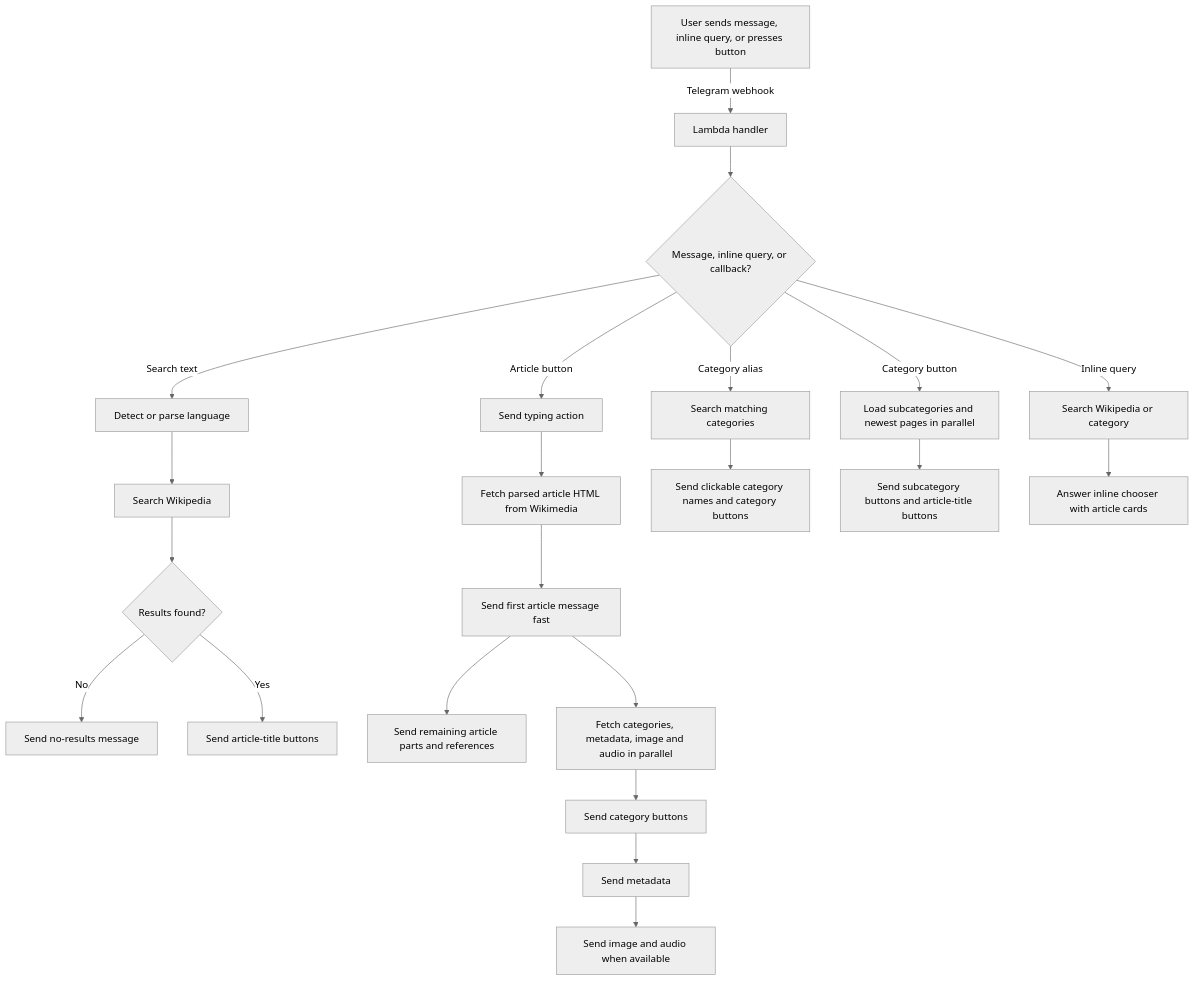
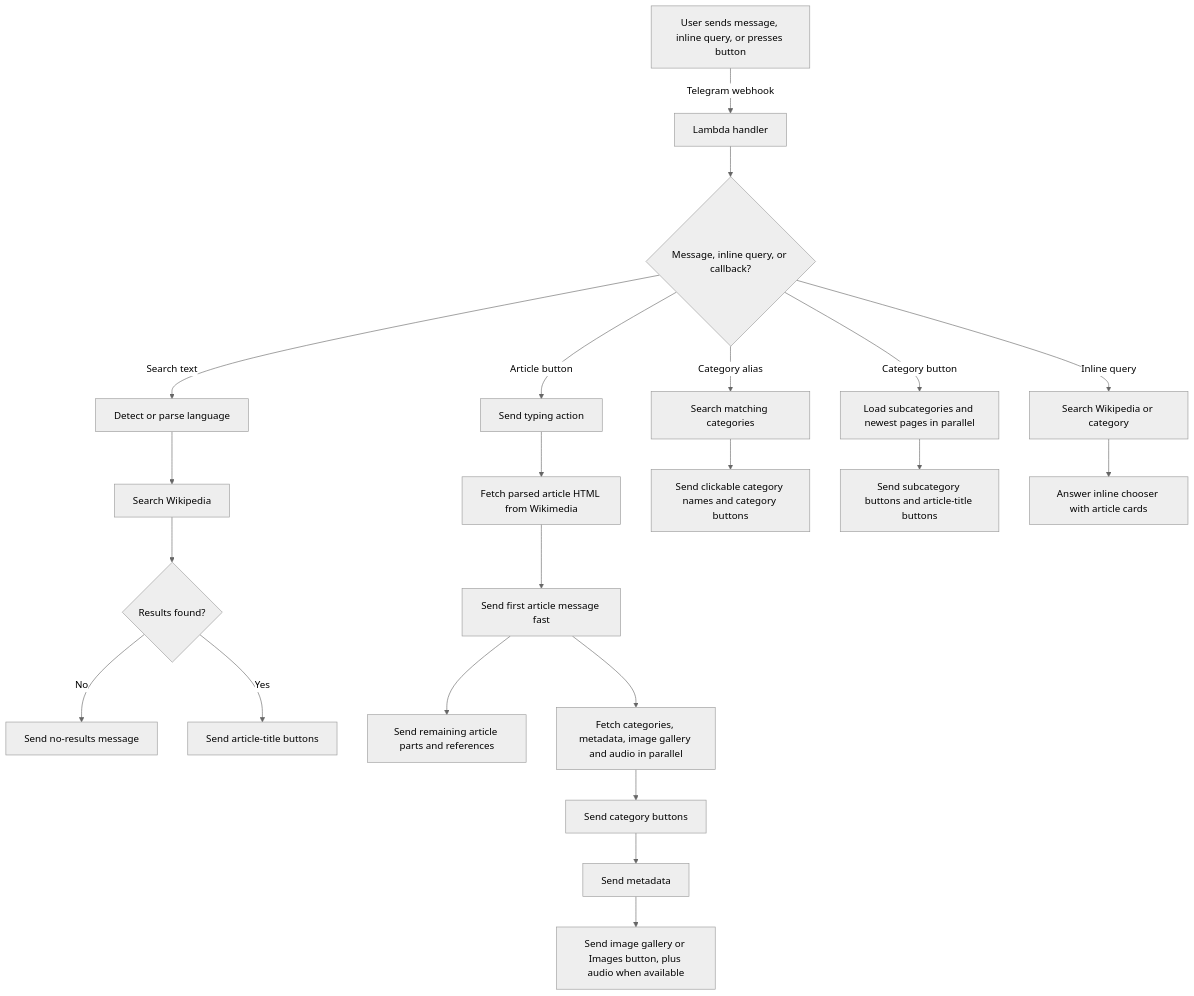
The diagram in README.md (vitaly-zdanevich/bot_telegram_wikipedia), drawn with Mermaid (neutral theme) before and after one commit. The commit also changed other lines of this file and 3 other files, not shown here.

First line of the commit message:
Send article image galleries

````diff
--- a/README.md
+++ b/README.md
@@ -84,24 +84,24 @@
 ```mermaid
 graph TD
     A[User sends message, inline query, or presses button] -->|Telegram webhook| B[Lambda handler]
     B --> C{Message, inline query, or callback?}
     C -- Search text --> D[Detect or parse language]
     D --> E[Search Wikipedia]
     E --> F{Results found?}
     F -- No --> G[Send no-results message]
     F -- Yes --> H[Send article-title buttons]
     C -- Article button --> I[Send typing action]
     I --> J[Fetch parsed article HTML from Wikimedia]
     J --> K[Send first article message fast]
     K --> L[Send remaining article parts and references]
-    K --> M[Fetch categories, metadata, image and audio in parallel]
+    K --> M[Fetch categories, metadata, image gallery and audio in parallel]
     M --> N[Send category buttons]
     N --> O[Send metadata]
-    O --> P[Send image and audio when available]
+    O --> P[Send image gallery or Images button, plus audio when available]
     C -- Category alias --> Q[Search matching categories]
     Q --> R[Send clickable category names and category buttons]
     C -- Category button --> U[Load subcategories and newest pages in parallel]
     U --> V[Send subcategory buttons and article-title buttons]
     C -- Inline query --> S[Search Wikipedia or category]
     S --> T[Answer inline chooser with article cards]
 ```
````
